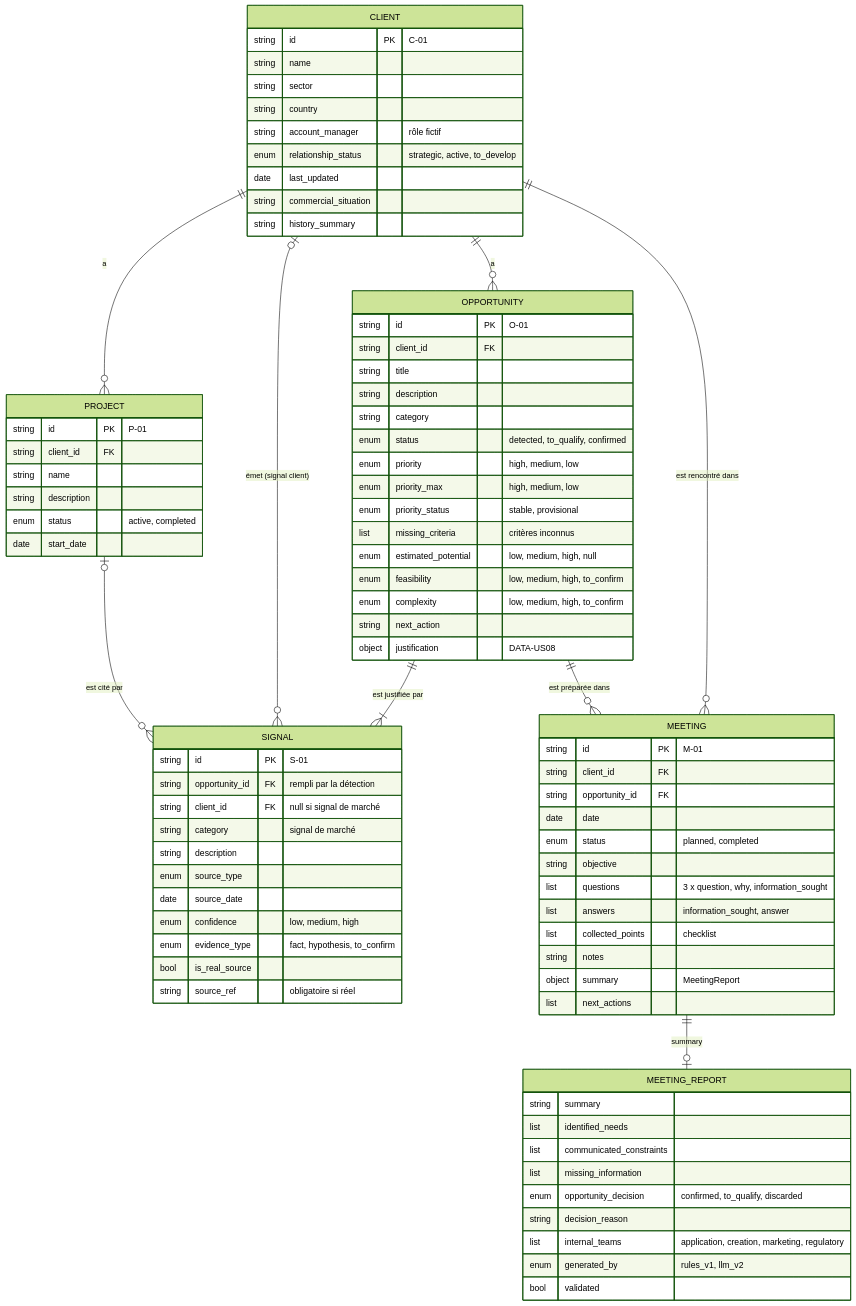
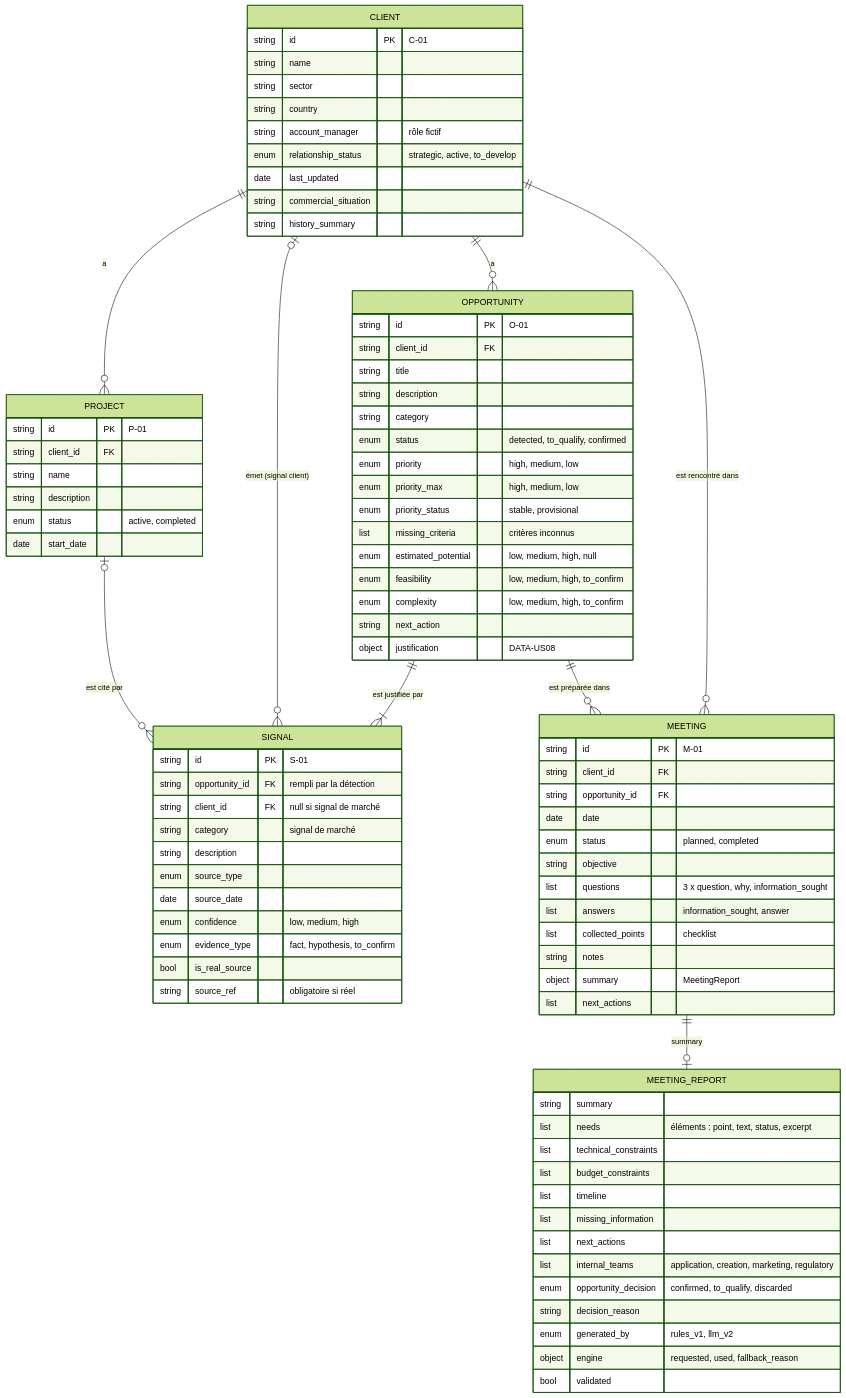
One commit to Hetic-Hackathon-Givaudan-2026-Kevin/Data_intelligence changed the diagram in data/demo_v2/MODELE_DONNEES.md. Above: the diagram before and after it, drawn with Mermaid (forest theme). The commit also changed other lines of this file and 19 other files, not shown here.

````diff
--- a/data/demo_v2/MODELE_DONNEES.md
+++ b/data/demo_v2/MODELE_DONNEES.md
@@ -350,13 +379,17 @@
     }
     MEETING_REPORT {
         string summary
-        list identified_needs
-        list communicated_constraints
+        list needs "éléments : point, text, status, excerpt"
+        list technical_constraints
+        list budget_constraints
+        list timeline
         list missing_information
+        list next_actions
+        list internal_teams "application, creation, marketing, regulatory"
         enum opportunity_decision "confirmed, to_qualify, discarded"
         string decision_reason
-        list internal_teams "application, creation, marketing, regulatory"
         enum generated_by "rules_v1, llm_v2"
+        object engine "requested, used, fallback_reason"
         bool validated
     }
 ```
````
